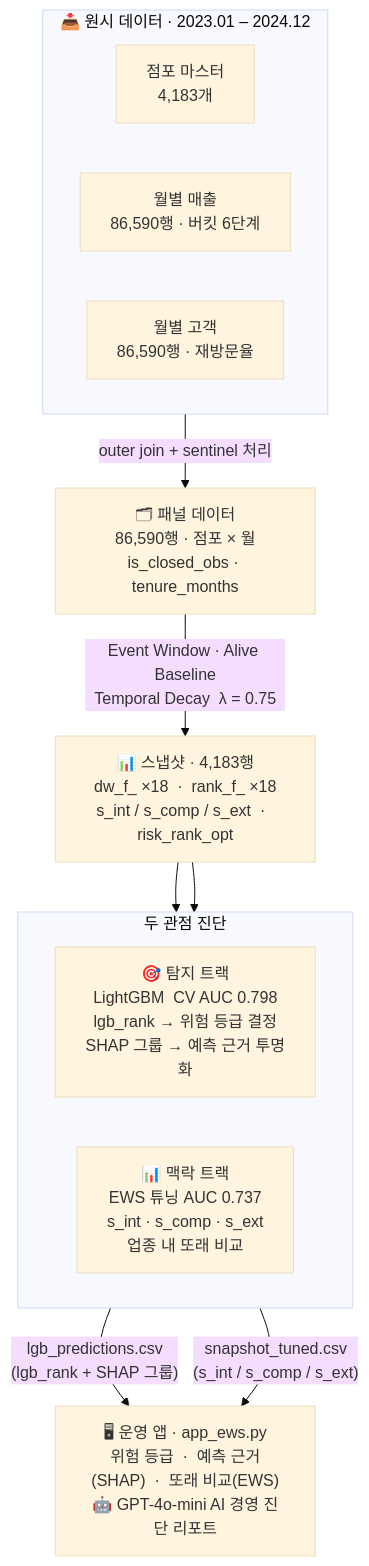
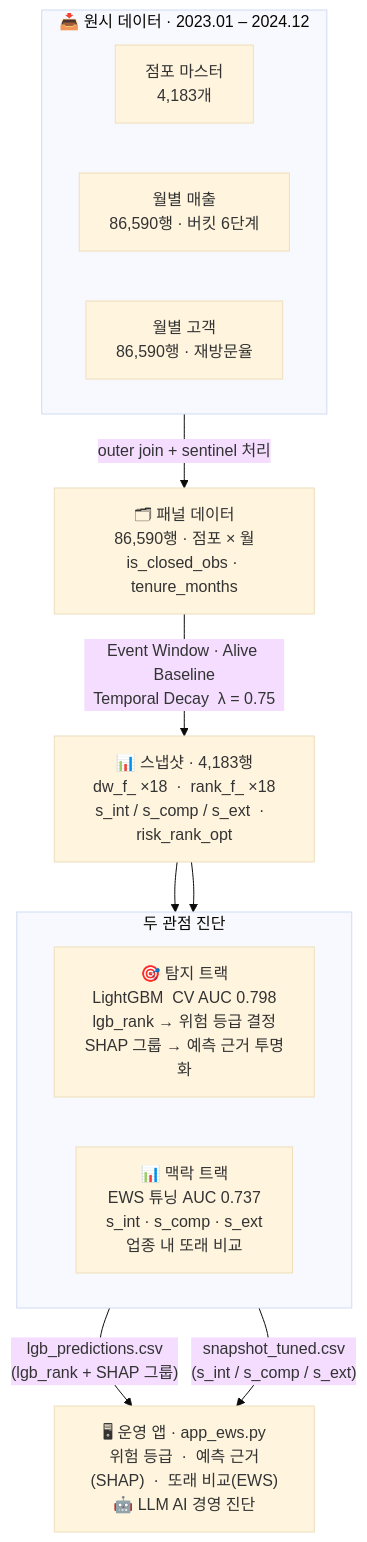
One commit to Broogun/bigcontest-2025-ews changed the diagram in README.md. Above: the diagram before and after it, drawn with Mermaid (base theme). The commit also changed other lines of this file, not shown here.

First line of the commit message:
docs: generalize GPT-4o-mini to LLM at summary level

````diff
--- a/README.md
+++ b/README.md
@@ -87,28 +87,28 @@
 ```mermaid
 flowchart TD
     subgraph SRC["📥 원시 데이터 · 2023.01 – 2024.12"]
         direction LR
         D1["점포 마스터\n4,183개"]
         D2["월별 매출\n86,590행 · 버킷 6단계"]
         D3["월별 고객\n86,590행 · 재방문율"]
     end
 
     PANEL["🗂 패널 데이터\n86,590행 · 점포 × 월\nis_closed_obs · tenure_months"]
 
     SNAP["📊 스냅샷 · 4,183행\ndw_f_ ×18  ·  rank_f_ ×18\ns_int / s_comp / s_ext  ·  risk_rank_opt"]
 
     subgraph DUAL["두 관점 진단"]
         direction LR
         LGB["🎯 탐지 트랙\nLightGBM  CV AUC 0.798\nlgb_rank → 위험 등급 결정\nSHAP 그룹 → 예측 근거 투명화"]
         EWS["📊 맥락 트랙\nEWS 튜닝  AUC 0.737\ns_int · s_comp · s_ext\n업종 내 또래 비교"]
     end
 
-    APP["🖥 운영 앱 · app_ews.py\n위험 등급  ·  예측 근거(SHAP)  ·  또래 비교(EWS)\n🤖 GPT-4o-mini AI 경영 진단 리포트"]
+    APP["🖥 운영 앱 · app_ews.py\n위험 등급  ·  예측 근거(SHAP)  ·  또래 비교(EWS)\n🤖 LLM AI 경영 진단"]
 
     SRC      -->|"outer join + sentinel 처리"| PANEL
     PANEL    -->|"Event Window · Alive Baseline\nTemporal Decay  λ = 0.75"| SNAP
     SNAP     --> LGB
     SNAP     --> EWS
     LGB      -->|"lgb_predictions.csv\n(lgb_rank + SHAP 그룹)"| APP
     EWS      -->|"snapshot_tuned.csv\n(s_int / s_comp / s_ext)"| APP
 ```
````
